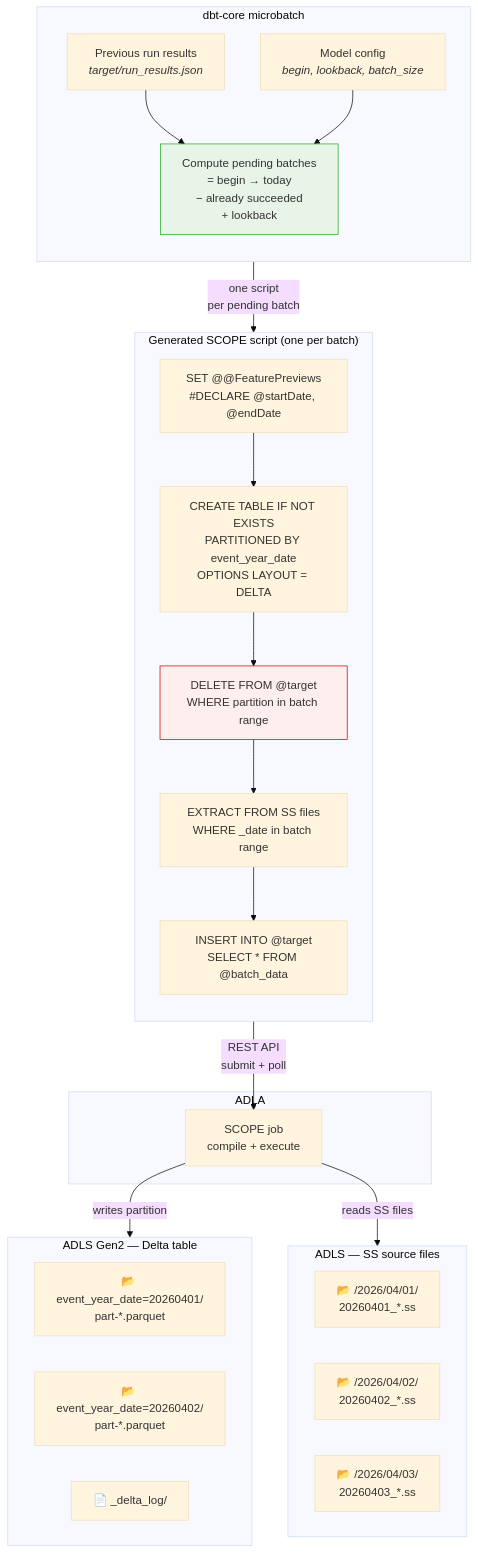
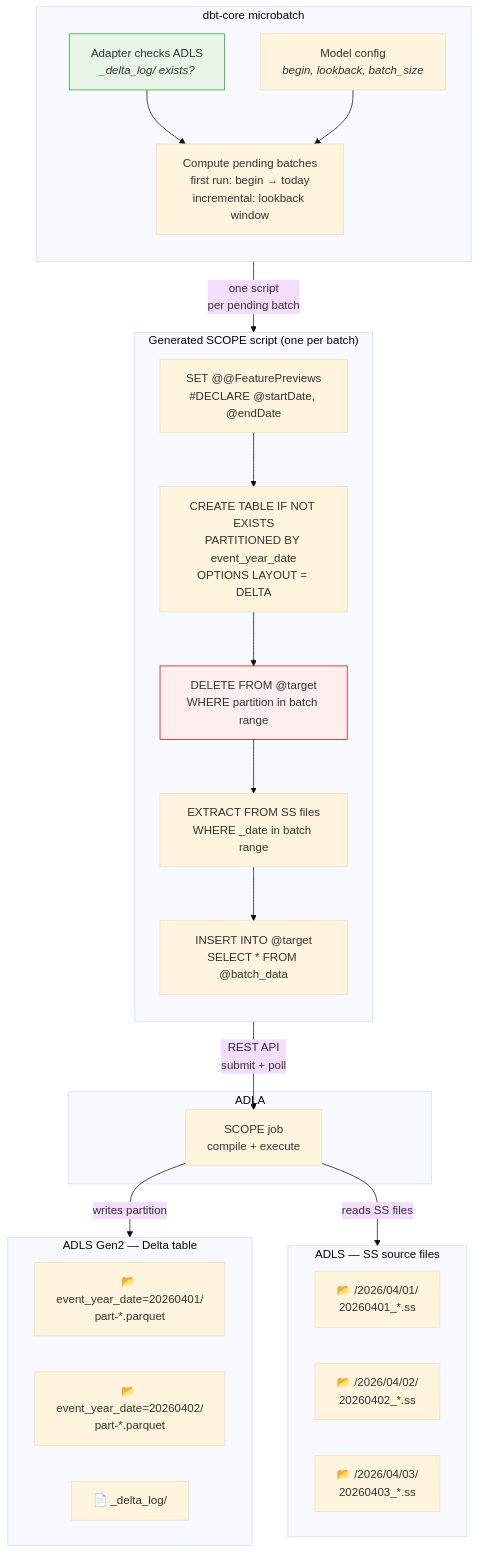
The diagram in README.md (microsoft/dbt-scope), drawn with Mermaid (base theme) before and after one commit. The commit also changed other lines of this file and 6 other files, not shown here.

Commit message:
Fixed incremental but it doesn't look like it's using the delta as state? Test still fails

````diff
--- a/README.md
+++ b/README.md
@@ -41,47 +41,47 @@
 ```mermaid
 flowchart TB
     subgraph Sources["ADLS — SS source files"]
         direction LR
         SS1["📂 /2026/04/01/<br/>20260401_*.ss"]
         SS2["📂 /2026/04/02/<br/>20260402_*.ss"]
         SS3["📂 /2026/04/03/<br/>20260403_*.ss"]
     end
 
     subgraph dbt["dbt-core microbatch"]
         direction TB
-        Artifacts["Previous run results<br/><i>target/run_results.json</i>"]
+        Detect["Adapter checks ADLS<br/><i>_delta_log/ exists?</i>"]
         Config["Model config<br/><i>begin, lookback, batch_size</i>"]
-        BatchCalc["Compute pending batches<br/>= begin → today<br/>− already succeeded<br/>+ lookback"]
-        Artifacts --> BatchCalc
+        BatchCalc["Compute pending batches<br/>first run: begin → today<br/>incremental: lookback window"]
+        Detect --> BatchCalc
         Config --> BatchCalc
     end
 
     subgraph Batch["Generated SCOPE script (one per batch)"]
         direction TB
         S1["SET @@FeaturePreviews<br/>#DECLARE @startDate, @endDate"]
         DDL["CREATE TABLE IF NOT EXISTS<br/>PARTITIONED BY event_year_date<br/>OPTIONS LAYOUT = DELTA"]
         DEL["DELETE FROM @target<br/>WHERE partition in batch range"]
         EXT["EXTRACT FROM SS files<br/>WHERE _date in batch range"]
         INS["INSERT INTO @target<br/>SELECT * FROM @batch_data"]
         S1 --> DDL --> DEL --> EXT --> INS
     end
 
     subgraph ADLA["ADLA"]
         Job["SCOPE job<br/>compile + execute"]
     end
 
     subgraph Target["ADLS Gen2 — Delta table"]
         direction LR
         P1["📂 event_year_date=20260401/<br/>part-*.parquet"]
         P2["📂 event_year_date=20260402/<br/>part-*.parquet"]
         DL["📄 _delta_log/"]
     end
 
     BatchCalc -- "one script<br/>per pending batch" --> Batch
     INS -- "REST API<br/>submit + poll" --> Job
     Job -- "reads SS files" --> SS1
     Job -- "writes partition" --> P1
 
     style DEL fill:#fee,stroke:#c00
-    style BatchCalc fill:#e8f4e8,stroke:#2a2
+    style Detect fill:#e8f4e8,stroke:#2a2
 ```
````
